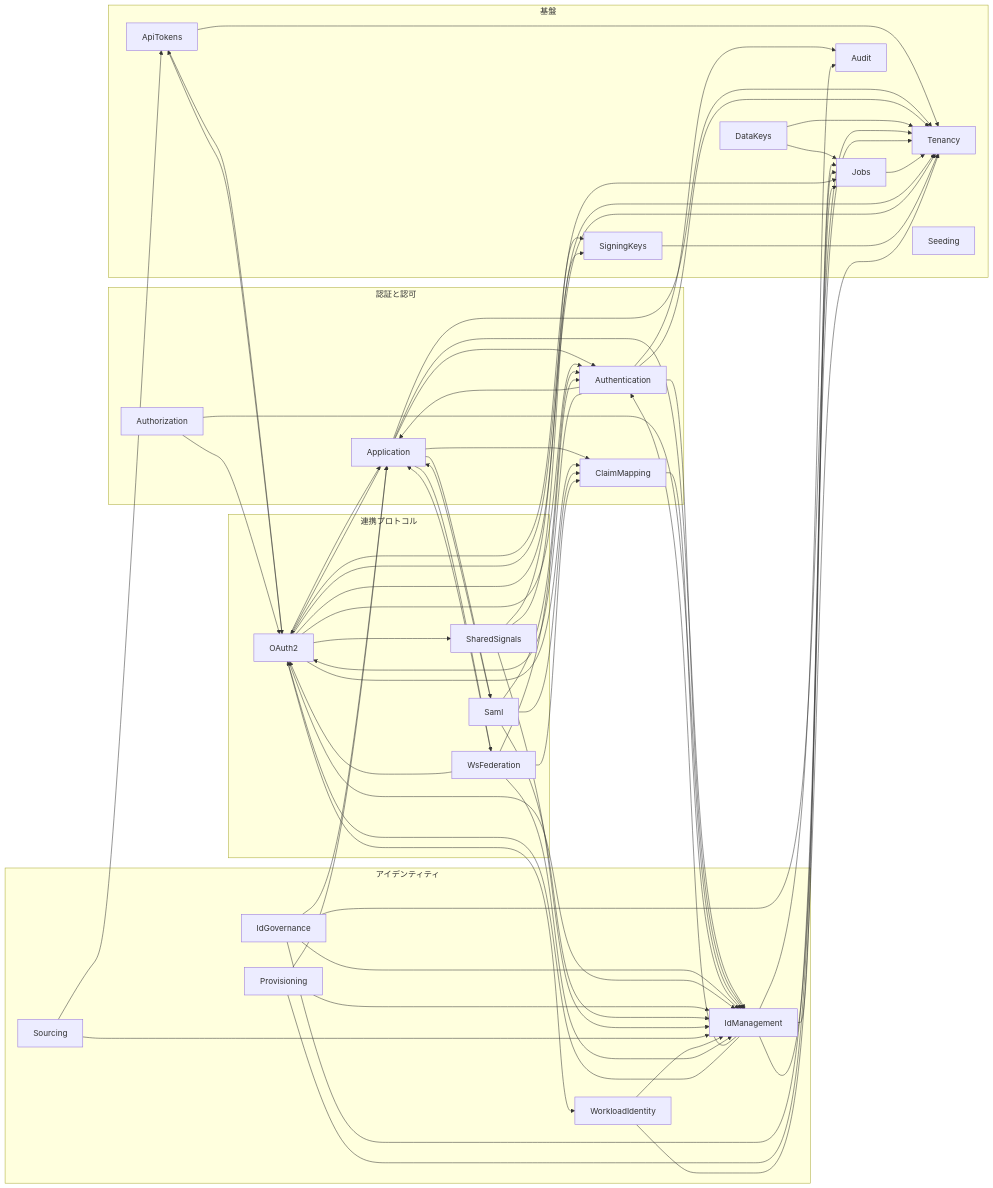
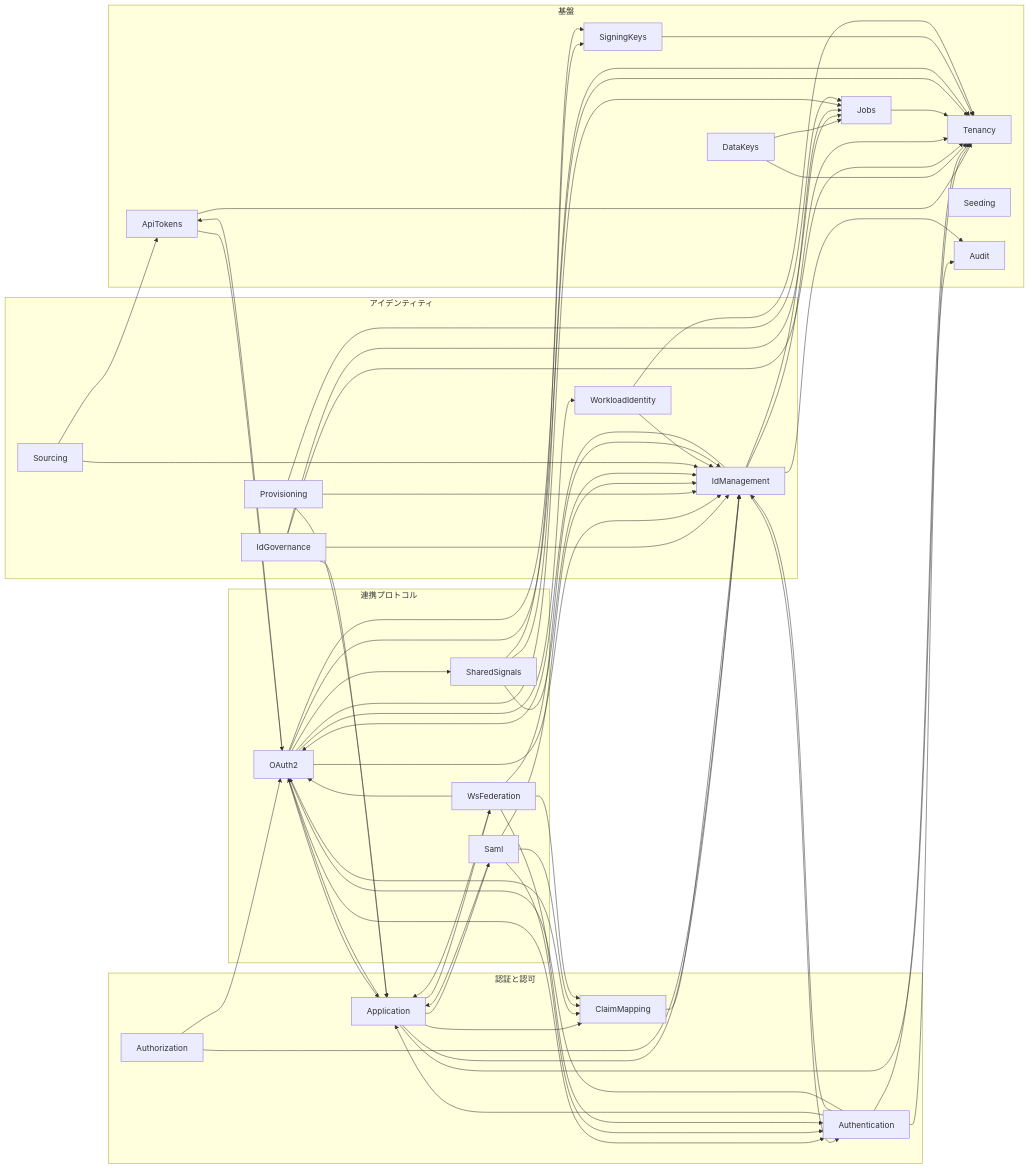
One commit to ambi/idmagic changed the diagram in docs/modules/README.md. Above: the diagram before and after it, drawn with Mermaid. The commit also changed 13 other files, not shown here.

First line of the commit message:
refactor(application): evaluate policies from authentication facts

```diff
--- a/docs/modules/README.md
+++ b/docs/modules/README.md
@@ -128,7 +128,6 @@
   end
   ApiTokens --> OAuth2
   ApiTokens --> Tenancy
-  Application --> Authentication
   Application --> ClaimMapping
   Application --> IdManagement
   Application --> OAuth2
```
